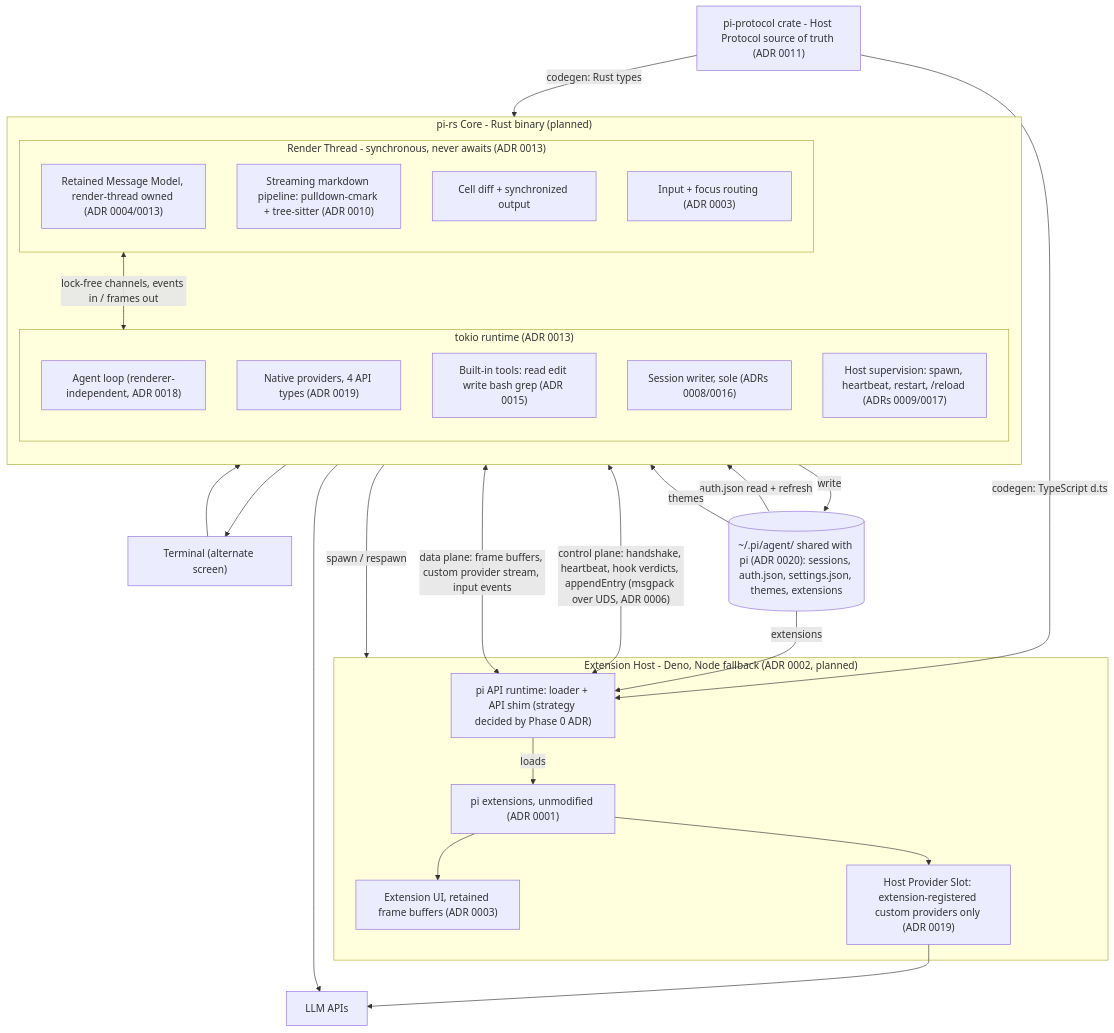
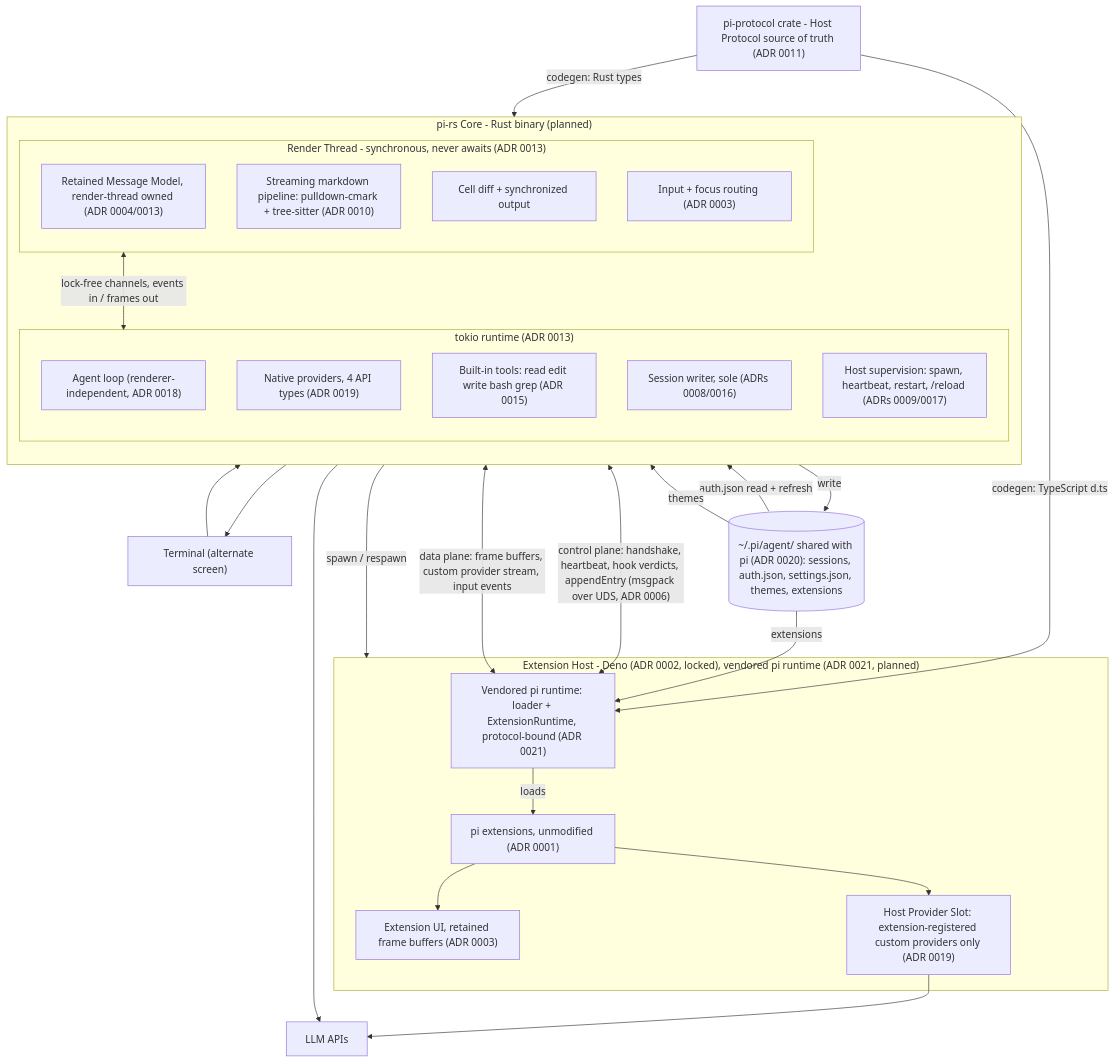
The diagram in README.md (thiscantbeserious/pi-rs), drawn with Mermaid before and after one commit. The commit also changed other lines of this file and 16 other files, not shown here.

First line of the commit message:
Phase 0 (compat spike) complete: Deno host locked in, pi runtime vendored

````diff
--- a/README.md
+++ b/README.md
@@ -30,56 +30,56 @@
 ```mermaid
 flowchart TB
     terminal["Terminal (alternate screen)"]
 
     piproto["pi-protocol crate - Host Protocol source of truth (ADR 0011)"]
 
     subgraph core["pi-rs Core - Rust binary (planned)"]
         direction TB
         subgraph render["Render Thread - synchronous, never awaits (ADR 0013)"]
             rmm["Retained Message Model, render-thread owned (ADR 0004/0013)"]
             pipeline["Streaming markdown pipeline: pulldown-cmark + tree-sitter (ADR 0010)"]
             diff["Cell diff + synchronized output"]
             input["Input + focus routing (ADR 0003)"]
         end
         subgraph tok["tokio runtime (ADR 0013)"]
             agentloop["Agent loop (renderer-independent, ADR 0018)"]
             providers["Native providers, 4 API types (ADR 0019)"]
             tools["Built-in tools: read edit write bash grep (ADR 0015)"]
             sessions["Session writer, sole (ADRs 0008/0016)"]
             lifecycle["Host supervision: spawn, heartbeat, restart, /reload (ADRs 0009/0017)"]
         end
     end
 
-    subgraph host["Extension Host - Deno, Node fallback (ADR 0002, planned)"]
-        runtime["pi API runtime: loader + API shim (strategy decided by Phase 0 ADR)"]
+    subgraph host["Extension Host - Deno (ADR 0002, locked), vendored pi runtime (ADR 0021, planned)"]
+        runtime["Vendored pi runtime: loader + ExtensionRuntime, protocol-bound (ADR 0021)"]
         exts["pi extensions, unmodified (ADR 0001)"]
         extui["Extension UI, retained frame buffers (ADR 0003)"]
         customprov["Host Provider Slot: extension-registered custom providers only (ADR 0019)"]
     end
 
     llm["LLM APIs"]
     pitree[("~/.pi/agent/ shared with pi (ADR 0020): sessions, auth.json, settings.json, themes, extensions")]
 
     piproto -->|"codegen: Rust types"| core
     piproto -->|"codegen: TypeScript d.ts"| runtime
 
     diff --> terminal
     terminal --> input
     render <-->|"lock-free channels, events in / frames out"| tok
 
     tok <-->|"control plane: handshake, heartbeat, hook verdicts, appendEntry (msgpack over UDS, ADR 0006)"| runtime
     tok <-->|"data plane: frame buffers, custom provider stream, input events"| runtime
     lifecycle -->|"spawn / respawn"| host
 
     runtime -->|"loads"| exts
     exts --> extui
     exts --> customprov
 
     providers --> llm
     customprov --> llm
 
     sessions -->|"write"| pitree
     pitree -->|"auth.json read + refresh"| providers
     pitree -->|"themes"| render
     pitree -->|"extensions"| runtime
 ```
````
